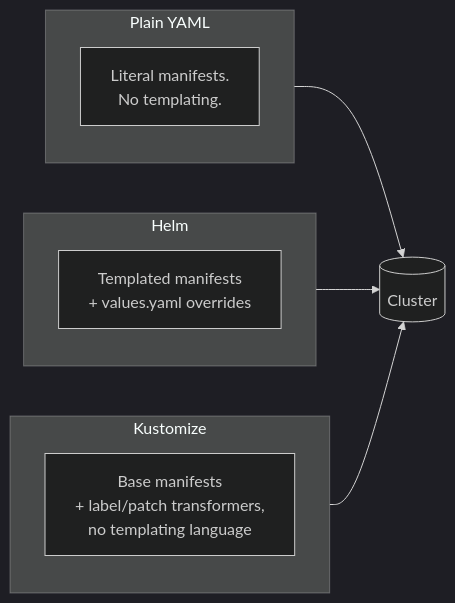
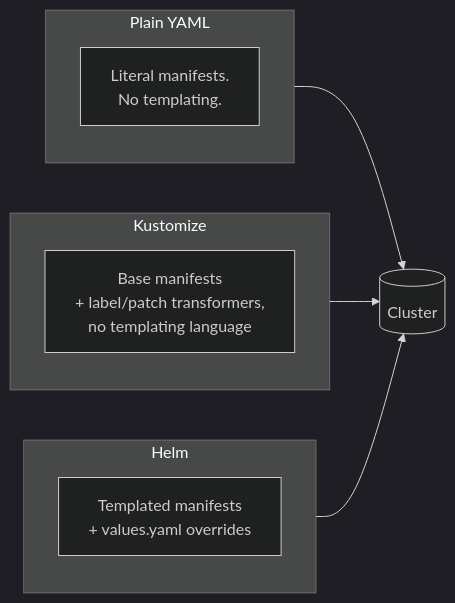
The diagram in modules/module-04-deployment-sources-helm-kustomize.md (finovra-app/documents), drawn with Mermaid (dark theme) before and after one commit. The commit also changed other lines of this file and 1 other file, not shown here.

````diff
--- a/modules/module-04-deployment-sources-helm-kustomize.md
+++ b/modules/module-04-deployment-sources-helm-kustomize.md
@@ -38,15 +38,15 @@
 ```mermaid
 flowchart LR
     subgraph Plain["Plain YAML"]
         P1["Literal manifests.\nNo templating."]
     end
+    subgraph Kustomize["Kustomize"]
+        K1["Base manifests\n+ label/patch transformers,\nno templating language"]
+    end
     subgraph Helm["Helm"]
         H1["Templated manifests\n+ values.yaml overrides"]
     end
-    subgraph Kustomize["Kustomize"]
-        K1["Base manifests\n+ label/patch transformers,\nno templating language"]
-    end
     Plain --> Cluster[(Cluster)]
+    Kustomize --> Cluster
     Helm --> Cluster
-    Kustomize --> Cluster
 ```
````
